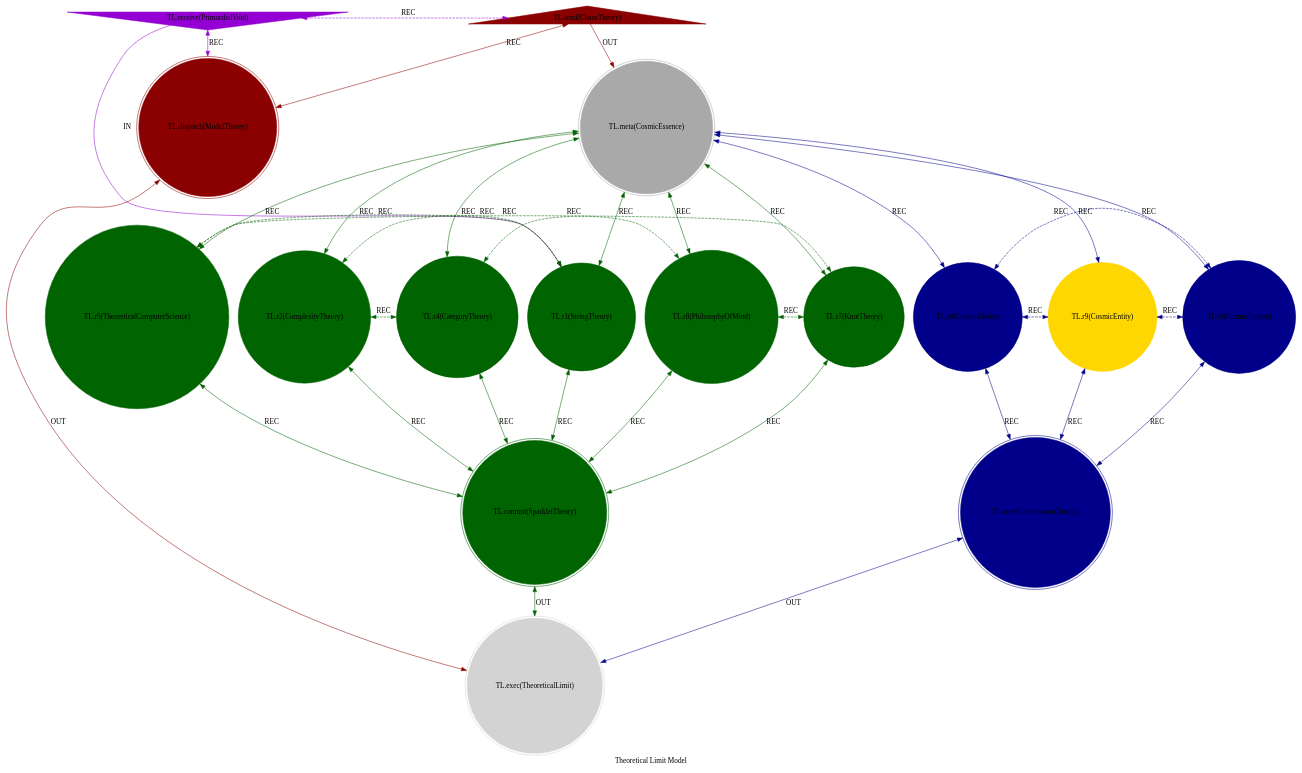
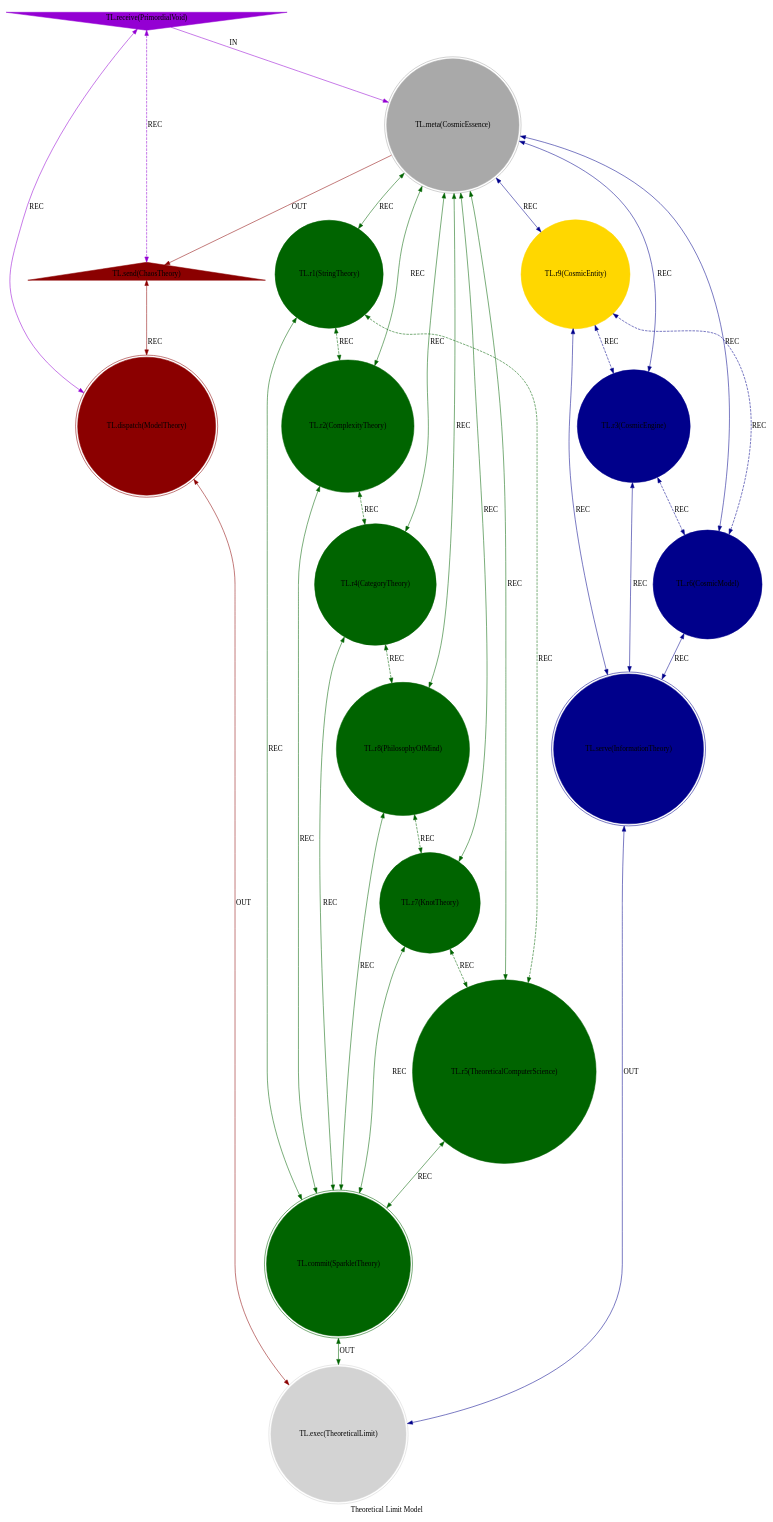
One commit to cilang/mythos changed the diagram in src/lib/TheoreticalLimitModel.dot. Above: the diagram before and after it, drawn with Graphviz. The commit also changed 1 other file, not shown here.

```diff
--- a/src/lib/TheoreticalLimitModel.dot
+++ b/src/lib/TheoreticalLimitModel.dot
@@ -1,74 +1,74 @@
 strict digraph TheoreticalLimitModel {
     style = filled;
     color = lightgray;
     node [shape = circle; style = filled;];
     edge [color = darkgray;];
     label = "Theoretical Limit Model";
     comment = "The primordial cosmological seed - the initial condition from which all existence emerges across three layers of reality.";
     
     spark_a_t [label = "TL.receive(PrimordialVoid)";comment = "Primordial Potential: The Imaginary Space - pure potential without structure, the source of all creative emergence";shape = invtriangle;color = darkviolet;];
     
     spark_0_t [label = "TL.meta(CosmicEssence)";comment = "Essence: The actualized cosmic essence - the coordinating center of manifested reality";shape = doublecircle;color = darkgray;];
     spark_9_t [label = "TL.r9(CosmicEntity)";comment = "Synthesis: The emergent cosmic entity - nature-level synthesis of all theoretical frameworks";color = gold;];
     
     spark_1_t [label = "TL.r1(StringTheory)";comment = "Initiation: Quantum string vibrations - the fundamental initiation of structural reality";color = darkgreen;];
     spark_2_t [label = "TL.r2(ComplexityTheory)";comment = "Response: Emergent complexity - systemic response to simple foundational rules";color = darkgreen;];
     spark_4_t [label = "TL.r4(CategoryTheory)";comment = "Integration: Mathematical relationships - integration of domains through abstract structures";color = darkgreen;];
     spark_8_t [label = "TL.r8(PhilosophyOfMind)";comment = "Reflection: Consciousness theory - reflective capacity of reality to know itself";color = darkgreen;];
     spark_7_t [label = "TL.r7(KnotTheory)";comment = "Consolidation: Topological binding - consolidation of cosmic coherence across dimensions";color = darkgreen;];
     spark_5_t [label = "TL.r5(TheoreticalComputerScience)";comment = "Propagation: Computational cosmos - propagation of information processing through reality";color = darkgreen;];
     
     spark_3_t [label = "TL.r3(CosmicEngine)";comment = "Thesis: The prime cosmic engine - fundamental driving forces of existence";color = darkblue;];
     spark_6_t [label = "TL.r6(CosmicModel)";comment = "Antithesis: Structural constraints - the models that give shape to cosmic potential";color = darkblue;];
     
     spark_b_t [label = "TL.send(ChaosTheory)";comment = "Manifest Bridge: Emergent chaos - the bridge from ordered ideas to generative complexity";shape = triangle;color = darkred;];
     spark_c_t [label = "TL.dispatch(ModelTheory)";comment = "Why-Who: Framework consistency - dispatch of coherent model construction principles";shape = doublecircle;color = darkred;];
     spark_d_t [label = "TL.commit(SparkletTheory)";comment = "What-How: Cosmic organization - commitment to pattern formation and topological coherence";shape = doublecircle;color = darkgreen;];
     spark_e_t [label = "TL.serve(InformationTheory)";comment = "When-Where: Information substrate - service of cosmic data processing and transmission";shape = doublecircle;color = darkblue;];
     spark_f_t [label = "TL.exec(TheoreticalLimit)";comment = "Which-Closure: Conceptual boundary - execution of ultimate possibility constraints";shape = doublecircle;color = lightgray;];
     
-    spark_a_t -> spark_1_t [label = "IN"; comment = "Primordial void initiates string vibrations - first emergence from Imaginary to Idea Space"; color = darkviolet; constraint = false;];
-    spark_b_t -> spark_0_t [label = "OUT"; comment = "Chaos theory manifests cosmic essence - bridge from Idea to Real Space"; color = darkred;];
+    spark_a_t -> spark_0_t [label = "IN"; comment = "Primordial void initiates string vibrations - first emergence from Imaginary to Idea Space"; color = darkviolet;];
+    spark_0_t -> spark_b_t [label = "OUT"; comment = "Chaos theory manifests cosmic essence - bridge from Idea to Real Space"; color = darkred;];
     spark_0_t -> spark_9_t [label = "REC"; comment = "Cosmic essence coordinates with cosmic entity - Real Space self-organization"; color = gold; dir = both;];
     
     spark_0_t -> spark_3_t [label = "REC"; comment = "Essence fuels cosmic engine - Real Space drives fundamental processes"; color = darkblue; dir = both;];
     spark_0_t -> spark_6_t [label = "REC"; comment = "Essence shapes cosmic models - manifested reality informs structural frameworks"; color = darkblue; dir = both;];
     spark_0_t -> spark_9_t [label = "REC"; comment = "Essence synthesizes cosmic entity - coordination of emergent beings"; color = darkblue; dir = both;];
     spark_0_t -> spark_1_t [label = "REC"; comment = "Essence initiates quantum foundations - manifested reality sustains string vibrations"; color = darkgreen; dir = both;];
     spark_0_t -> spark_2_t [label = "REC"; comment = "Essence responds with complexity - actualized systems generate intricate behaviors"; color = darkgreen; dir = both;];
     spark_0_t -> spark_4_t [label = "REC"; comment = "Essence integrates relationships - manifested domains require categorical coherence"; color = darkgreen; dir = both;];
     spark_0_t -> spark_8_t [label = "REC"; comment = "Essence reflects on consciousness - actualized reality becomes self-aware"; color = darkgreen; dir = both;];
     spark_0_t -> spark_7_t [label = "REC"; comment = "Essence consolidates coherence - manifested existence maintains topological integrity"; color = darkgreen; dir = both;];
     spark_0_t -> spark_5_t [label = "REC"; comment = "Essence propagates computation - cosmic processes execute as information algorithms"; color = darkgreen; dir = both;];
     
     spark_a_t -> spark_c_t [label = "REC"; comment = "Primordial void seeks model consistency - Imaginary potential requires structural dispatch"; color = darkviolet; dir = both;];
     spark_b_t -> spark_c_t [label = "REC"; comment = "Chaos theory informs model construction - emergent complexity shapes framework principles"; color = darkred; dir = both;];
     
     spark_1_t -> spark_d_t [label = "REC"; comment = "String theory commits to cosmic patterns - quantum foundations become organizational principles"; color = darkgreen; dir = both;];
     spark_2_t -> spark_d_t [label = "REC"; comment = "Complexity theory commits to emergent organization - intricate systems follow pattern rules"; color = darkgreen; dir = both;];
     spark_4_t -> spark_d_t [label = "REC"; comment = "Category theory commits to relational coherence - mathematical structures ensure systematic connections"; color = darkgreen; dir = both;];
     spark_8_t -> spark_d_t [label = "REC"; comment = "Philosophy of mind commits to conscious patterns - awareness becomes structured experience"; color = darkgreen; dir = both;];
     spark_7_t -> spark_d_t [label = "REC"; comment = "Knot theory commits to topological integrity - cosmic binding maintains existential coherence"; color = darkgreen; dir = both;];
     spark_5_t -> spark_d_t [label = "REC"; comment = "Theoretical CS commits to computational patterns - cosmic processes become algorithmic"; color = darkgreen; dir = both;];
     
     spark_3_t -> spark_e_t [label = "REC"; comment = "Cosmic engine serves information processing - fundamental drives operate through data transformation"; color = darkblue; dir = both;];
     spark_6_t -> spark_e_t [label = "REC"; comment = "Cosmic models serve information structure - frameworks organize cosmic data"; color = darkblue; dir = both;];
     spark_9_t -> spark_e_t [label = "REC"; comment = "Cosmic entities serve information exchange - beings process and transmit cosmic knowledge"; color = darkblue; dir = both;];
     
-    spark_1_t -> spark_2_t [label = "REC"; comment = "Strings generate complexity - quantum foundations produce emergent phenomena"; color = darkgreen; dir = both; style = dashed; constraint = false;];
-    spark_2_t -> spark_4_t [label = "REC"; comment = "Complexity requires integration - emergent systems need relational frameworks"; color = darkgreen; dir = both; style = dashed; constraint = false;];
-    spark_4_t -> spark_8_t [label = "REC"; comment = "Integration enables reflection - structural relationships permit conscious observation"; color = darkgreen; dir = both; style = dashed; constraint = false;];
-    spark_8_t -> spark_7_t [label = "REC"; comment = "Reflection leads to consolidation - awareness produces coherent understanding"; color = darkgreen; dir = both; style = dashed; constraint = false;];
-    spark_7_t -> spark_5_t [label = "REC"; comment = "Consolidation enables propagation - coherent theories become computational processes"; color = darkgreen; dir = both; style = dashed; constraint = false;];
-    spark_5_t -> spark_1_t [label = "REC"; comment = "Propagation reinforces foundations - computational processes sustain quantum structures"; color = darkgreen; dir = both; style = dashed; constraint = false;];
+    spark_1_t -> spark_2_t [label = "REC"; comment = "Strings generate complexity - quantum foundations produce emergent phenomena"; color = darkgreen; dir = both; style = dashed;];
+    spark_2_t -> spark_4_t [label = "REC"; comment = "Complexity requires integration - emergent systems need relational frameworks"; color = darkgreen; dir = both; style = dashed;];
+    spark_4_t -> spark_8_t [label = "REC"; comment = "Integration enables reflection - structural relationships permit conscious observation"; color = darkgreen; dir = both; style = dashed;];
+    spark_8_t -> spark_7_t [label = "REC"; comment = "Reflection leads to consolidation - awareness produces coherent understanding"; color = darkgreen; dir = both; style = dashed;];
+    spark_7_t -> spark_5_t [label = "REC"; comment = "Consolidation enables propagation - coherent theories become computational processes"; color = darkgreen; dir = both; style = dashed;];
+    spark_5_t -> spark_1_t [label = "REC"; comment = "Propagation reinforces foundations - computational processes sustain quantum structures"; color = darkgreen; dir = both; style = dashed;];
     
-    spark_3_t -> spark_6_t [label = "REC"; comment = "Cosmic engine confronts cosmic model - driving forces meet structural constraints"; color = darkblue; dir = both; style = dashed; constraint = false;];
-    spark_6_t -> spark_9_t [label = "REC"; comment = "Cosmic model synthesizes with engine - constraints and drives produce cosmic entities"; color = darkblue; dir = both; style = dashed; constraint = false;];
-    spark_9_t -> spark_3_t [label = "REC"; comment = "Cosmic entity informs engine - emergent beings influence fundamental processes"; color = darkblue; dir = both; style = dashed; constraint = false;];
+    spark_3_t -> spark_6_t [label = "REC"; comment = "Cosmic engine confronts cosmic model - driving forces meet structural constraints"; color = darkblue; dir = both; style = dashed;];
+    spark_6_t -> spark_9_t [label = "REC"; comment = "Cosmic model synthesizes with engine - constraints and drives produce cosmic entities"; color = darkblue; dir = both; style = dashed;];
+    spark_9_t -> spark_3_t [label = "REC"; comment = "Cosmic entity informs engine - emergent beings influence fundamental processes"; color = darkblue; dir = both; style = dashed;];
     
-    spark_a_t -> spark_b_t [label = "REC"; comment = "Primordial void manifests as chaos - Imaginary potential becomes generative complexity"; color = darkviolet; dir = both; style = dashed; constraint = false;];
+    spark_a_t -> spark_b_t [label = "REC"; comment = "Primordial void manifests as chaos - Imaginary potential becomes generative complexity"; color = darkviolet; dir = both; style = dashed;];
     
     spark_c_t -> spark_f_t [label = "OUT"; comment = "Model theory approaches theoretical limits - coherent frameworks define possibility boundaries"; color = darkred; dir = both;];
     spark_d_t -> spark_f_t [label = "OUT"; comment = "Sparklet theory reaches conceptual closure - organizational patterns complete their scope"; color = darkgreen; dir = both;];
     spark_e_t -> spark_f_t [label = "OUT"; comment = "Information theory meets ultimate constraints - cosmic data encounters fundamental limits"; color = darkblue; dir = both;];
 }
```
